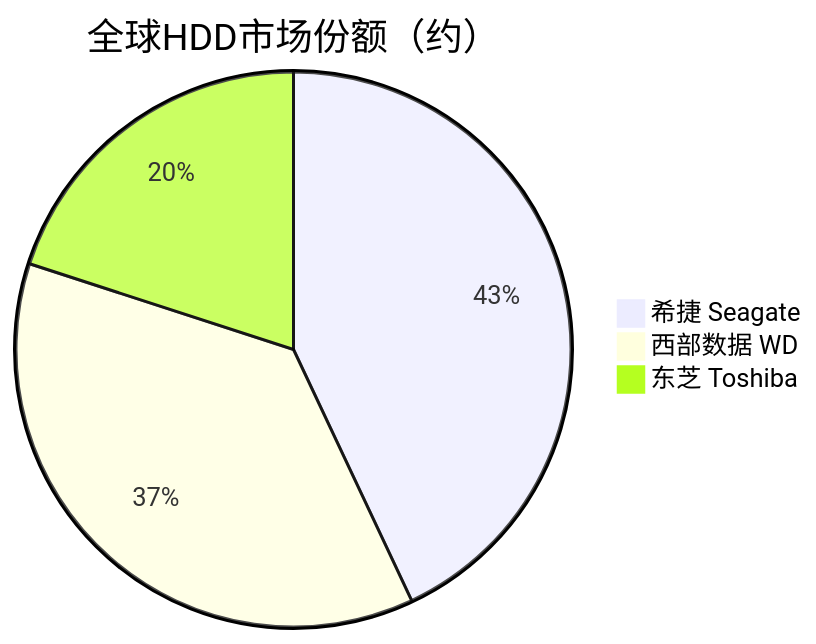
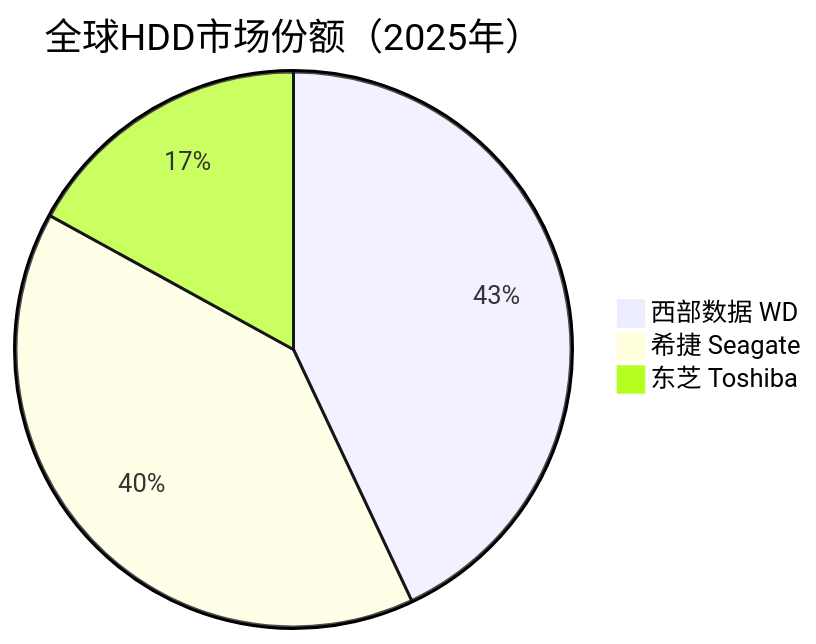
One commit to blueprint1453/industry-insight changed the third of 3 diagrams in 存储产业链/中游/HDD机械硬盘.md. Above: the diagram before and after it, drawn with Mermaid. The commit also changed other lines of this file and 78 other files, not shown here.

````diff
--- a/存储产业链/中游/HDD机械硬盘.md
+++ b/存储产业链/中游/HDD机械硬盘.md
@@ -91,6 +91,6 @@
 ```mermaid
-pie title 全球HDD市场份额（约）
-    "希捷 Seagate" : 43
-    "西部数据 WD" : 37
-    "东芝 Toshiba" : 20
+pie title 全球HDD市场份额（2025年）
+    "西部数据 WD" : 43
+    "希捷 Seagate" : 40
+    "东芝 Toshiba" : 17
 ```
````
